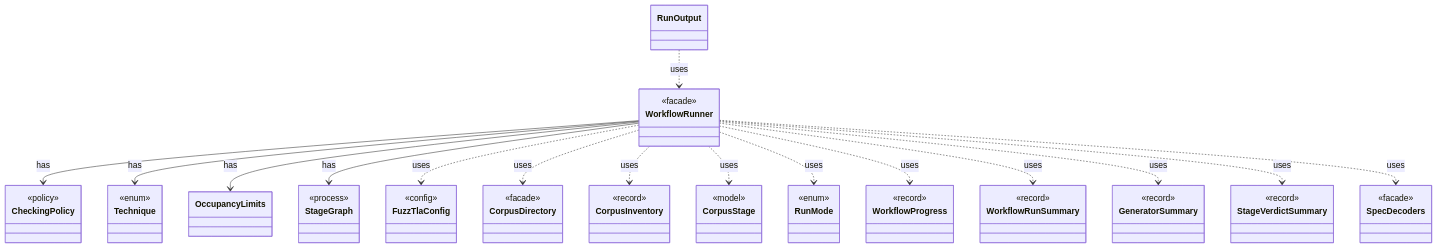
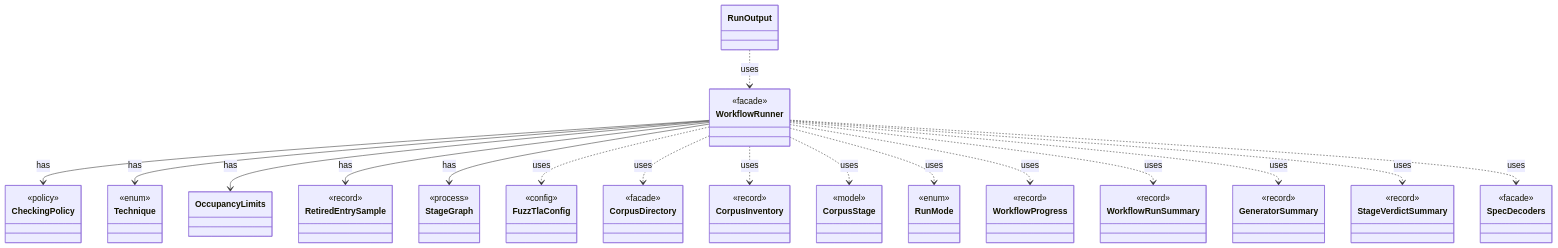
One commit to tlaplus/model-checker-hardening changed the diagram in dev/types/io.github.tlaplus.hardening.workflow.WorkflowRunner.md. Above: the diagram before and after it, drawn with Mermaid. The commit also changed other lines of this file and 415 other files, not shown here.

````diff
--- a/dev/types/io.github.tlaplus.hardening.workflow.WorkflowRunner.md
+++ b/dev/types/io.github.tlaplus.hardening.workflow.WorkflowRunner.md
@@ -7,62 +7,66 @@
 ```mermaid
 classDiagram
   class WorkflowRunner {
     <<facade>>
   }
   class CheckingPolicy {
     <<policy>>
   }
   class Technique {
     <<enum>>
   }
   class OccupancyLimits
+  class RetiredEntrySample {
+    <<record>>
+  }
   class StageGraph {
     <<process>>
   }
   class FuzzTlaConfig {
     <<config>>
   }
   class CorpusDirectory {
     <<facade>>
   }
   class CorpusInventory {
     <<record>>
   }
   class CorpusStage {
     <<model>>
   }
   class RunMode {
     <<enum>>
   }
   class WorkflowProgress {
     <<record>>
   }
   class WorkflowRunSummary {
     <<record>>
   }
   class GeneratorSummary {
     <<record>>
   }
   class StageVerdictSummary {
     <<record>>
   }
   class SpecDecoders {
     <<facade>>
   }
   class RunOutput
   WorkflowRunner --> CheckingPolicy : has
   WorkflowRunner --> Technique : has
   WorkflowRunner --> OccupancyLimits : has
+  WorkflowRunner --> RetiredEntrySample : has
   WorkflowRunner --> StageGraph : has
   WorkflowRunner ..> FuzzTlaConfig : uses
   WorkflowRunner ..> CorpusDirectory : uses
   WorkflowRunner ..> CorpusInventory : uses
   WorkflowRunner ..> CorpusStage : uses
   WorkflowRunner ..> RunMode : uses
   WorkflowRunner ..> WorkflowProgress : uses
   WorkflowRunner ..> WorkflowRunSummary : uses
   WorkflowRunner ..> GeneratorSummary : uses
   WorkflowRunner ..> StageVerdictSummary : uses
   WorkflowRunner ..> SpecDecoders : uses
   RunOutput ..> WorkflowRunner : uses
 ```
````
